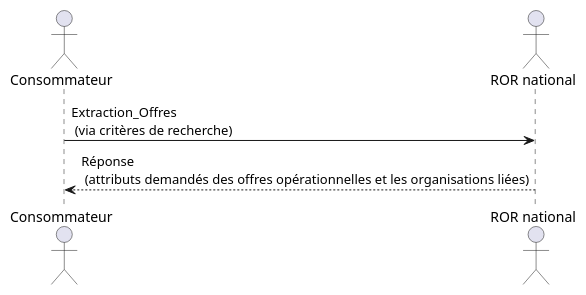
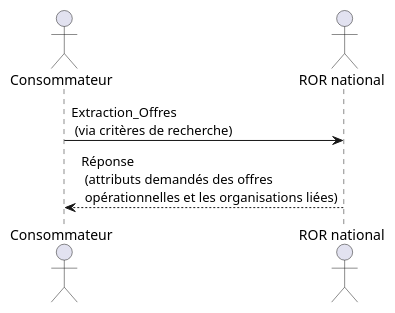
One commit to ansforge/IG-fhir-repertoire-offre-ressources-sante changed the diagram in input/images-source/extraction_offre_partielle.plantuml. Above: the diagram before and after it, drawn with PlantUML. The commit also changed 1 other file, not shown here.

```diff
--- a/input/images-source/extraction_offre_partielle.plantuml
+++ b/input/images-source/extraction_offre_partielle.plantuml
@@ -1,6 +1,6 @@
 @startuml extraction_offre_partielle
 actor "Consommateur" as C
 actor "ROR national" as ROR
 C -> ROR : Extraction_Offres \n (via critères de recherche)
-ROR --> C : Réponse \n (attributs demandés des offres opérationnelles et les organisations liées)
+ROR --> C : Réponse \n (attributs demandés des offres \n opérationnelles et les organisations liées)
 @enduml
```
